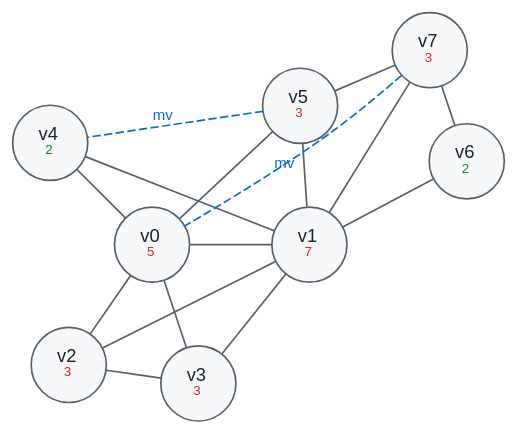
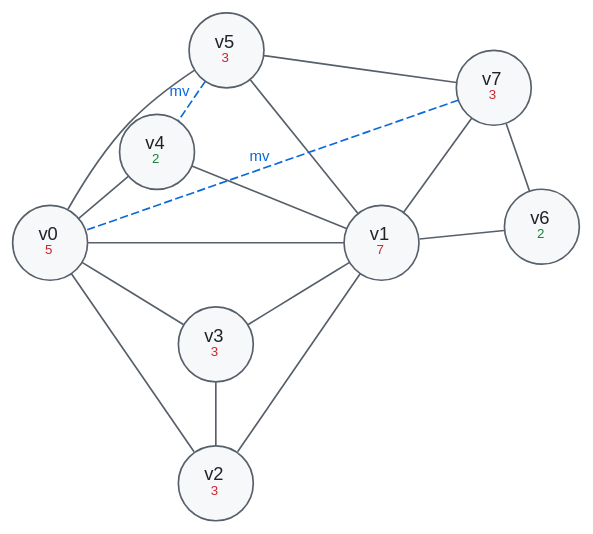
One commit to aita/CompLab changed the diagram in Sable/compiler/doc/figures/wt-build.dot. Above: the diagram before and after it, drawn with Graphviz. The commit also changed 7 other files, not shown here.

First line of the commit message:
Lay the walkthrough graphs out by hand, and stop drawing over v4

```diff
--- a/Sable/compiler/doc/figures/wt-build.dot
+++ b/Sable/compiler/doc/figures/wt-build.dot
@@ -1,41 +1,42 @@
 // One state of the worked example in doc/regalloc.md, section 4.  K is 3.
 // The graph, the degrees and the order of the steps all come from
 // tests/walkthrough.exe; nothing here was worked out by hand.
 //
-// The wt-*.dot files share the style block below; keep them in step.
+// The wt-*.dot files share the style block and the pinned positions
+// below; keep them in step, or a node will jump between panels.
 // Render with ./render.sh (needs graphviz).
 graph wt {
   layout = neato;
   overlap = false;
   splines = true;
   bgcolor = "transparent";
   sep = "+8";
   node [shape = circle, style = filled, fillcolor = "#f6f8fa",
         color = "#57606a", fontcolor = "#1f2328",
         fontname = "Helvetica", fontsize = 11, width = 0.62, fixedsize = true];
   edge [color = "#57606a", dir = none, fontname = "Helvetica", fontsize = 9];
-  v0 [label = <v0<BR/><FONT POINT-SIZE="8" COLOR="#cf222e">5</FONT>>, fillcolor = "#f6f8fa", color = "#57606a" pos = "0,1.5!"];
-  v1 [label = <v1<BR/><FONT POINT-SIZE="8" COLOR="#cf222e">7</FONT>>, fillcolor = "#f6f8fa", color = "#57606a" pos = "1.7,1.5!"];
-  v2 [label = <v2<BR/><FONT POINT-SIZE="8" COLOR="#cf222e">3</FONT>>, fillcolor = "#f6f8fa", color = "#57606a" pos = "-0.9,0.2!"];
-  v3 [label = <v3<BR/><FONT POINT-SIZE="8" COLOR="#cf222e">3</FONT>>, fillcolor = "#f6f8fa", color = "#57606a" pos = "0.5,0!"];
-  v4 [label = <v4<BR/><FONT POINT-SIZE="8" COLOR="#1a7f37">2</FONT>>, fillcolor = "#f6f8fa", color = "#57606a" pos = "-1.1,2.6!"];
-  v5 [label = <v5<BR/><FONT POINT-SIZE="8" COLOR="#cf222e">3</FONT>>, fillcolor = "#f6f8fa", color = "#57606a" pos = "1.6,3!"];
-  v6 [label = <v6<BR/><FONT POINT-SIZE="8" COLOR="#1a7f37">2</FONT>>, fillcolor = "#f6f8fa", color = "#57606a" pos = "3.4,2.4!"];
-  v7 [label = <v7<BR/><FONT POINT-SIZE="8" COLOR="#cf222e">3</FONT>>, fillcolor = "#f6f8fa", color = "#57606a" pos = "3,3.6!"];
+  v0 [label = <v0<BR/><FONT POINT-SIZE="8" COLOR="#cf222e">5</FONT>>, fillcolor = "#f6f8fa", color = "#57606a" pos = "-1.55,0.1!"];
+  v1 [label = <v1<BR/><FONT POINT-SIZE="8" COLOR="#cf222e">7</FONT>>, fillcolor = "#f6f8fa", color = "#57606a" pos = "1.55,0.1!"];
+  v2 [label = <v2<BR/><FONT POINT-SIZE="8" COLOR="#cf222e">3</FONT>>, fillcolor = "#f6f8fa", color = "#57606a" pos = "0,-2.15!"];
+  v3 [label = <v3<BR/><FONT POINT-SIZE="8" COLOR="#cf222e">3</FONT>>, fillcolor = "#f6f8fa", color = "#57606a" pos = "0,-0.85!"];
+  v4 [label = <v4<BR/><FONT POINT-SIZE="8" COLOR="#1a7f37">2</FONT>>, fillcolor = "#f6f8fa", color = "#57606a" pos = "-0.55,0.95!"];
+  v5 [label = <v5<BR/><FONT POINT-SIZE="8" COLOR="#cf222e">3</FONT>>, fillcolor = "#f6f8fa", color = "#57606a" pos = "0.1,1.9!"];
+  v6 [label = <v6<BR/><FONT POINT-SIZE="8" COLOR="#1a7f37">2</FONT>>, fillcolor = "#f6f8fa", color = "#57606a" pos = "3.05,0.25!"];
+  v7 [label = <v7<BR/><FONT POINT-SIZE="8" COLOR="#cf222e">3</FONT>>, fillcolor = "#f6f8fa", color = "#57606a" pos = "2.6,1.55!"];
   v0 -- v1 [color = "#57606a"];
   v0 -- v2 [color = "#57606a"];
   v0 -- v3 [color = "#57606a"];
   v0 -- v4 [color = "#57606a"];
   v0 -- v5 [color = "#57606a"];
   v1 -- v2 [color = "#57606a"];
   v1 -- v3 [color = "#57606a"];
   v1 -- v4 [color = "#57606a"];
   v1 -- v5 [color = "#57606a"];
   v1 -- v6 [color = "#57606a"];
   v1 -- v7 [color = "#57606a"];
   v2 -- v3 [color = "#57606a"];
   v5 -- v7 [color = "#57606a"];
   v6 -- v7 [color = "#57606a"];
   v7 -- v0 [style = dashed, color = "#0969da", label = "mv", fontcolor = "#0969da"];
   v5 -- v4 [style = dashed, color = "#0969da", label = "mv", fontcolor = "#0969da"];
 }
```
